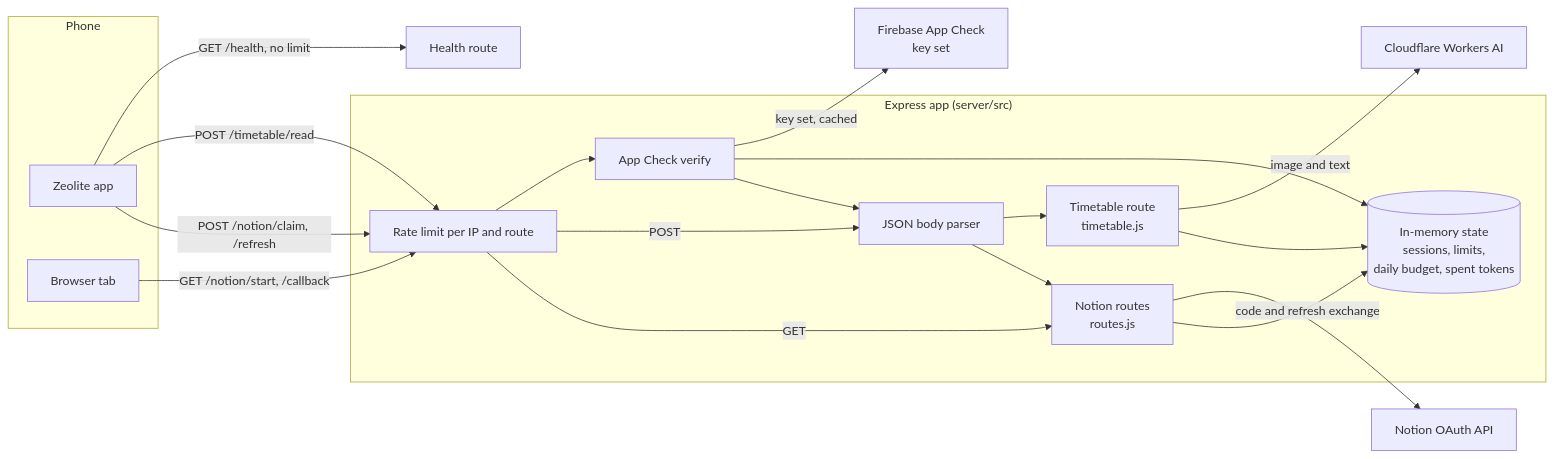
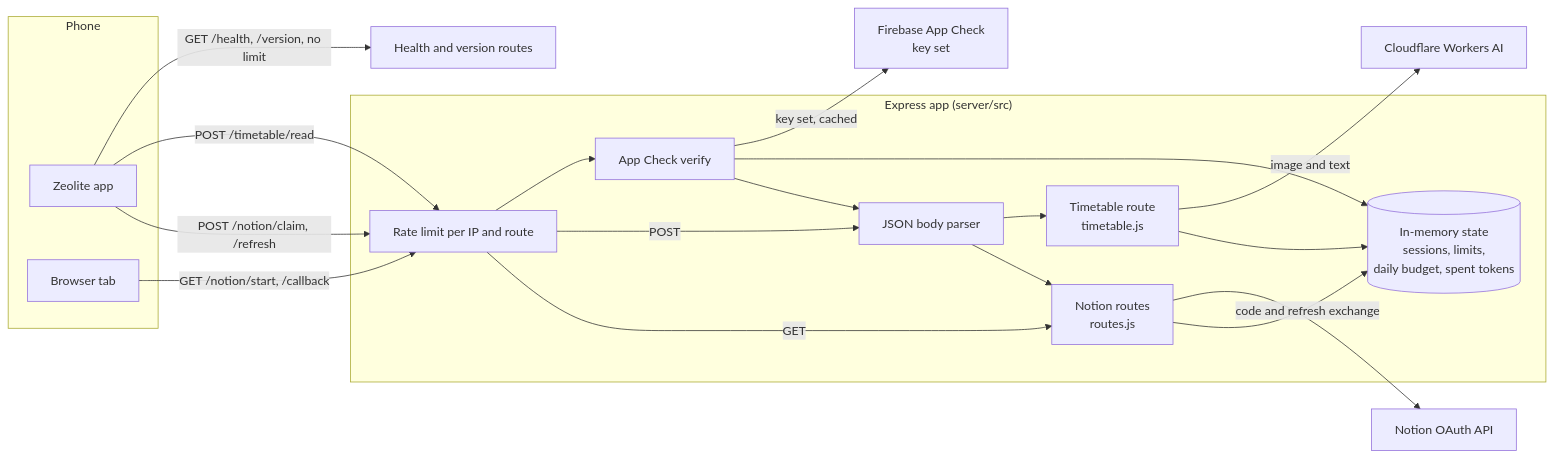
Before and after one commit to SoumoparnoRoy/Zeolite: the first of 2 diagrams in server/README.md, drawn with Mermaid. The commit also changed other lines of this file, not shown here.

````diff
--- a/server/README.md
+++ b/server/README.md
@@ -41,34 +47,34 @@
 ```mermaid
 flowchart LR
     subgraph Phone
         App[Zeolite app]
         Tab[Browser tab]
     end
 
     subgraph Server["Express app (server/src)"]
         Limit[Rate limit per IP and route]
         Check[App Check verify]
         Parse[JSON body parser]
         Notion[Notion routes<br/>routes.js]
         Read[Timetable route<br/>timetable.js]
         Mem[(In-memory state<br/>sessions, limits,<br/>daily budget, spent tokens)]
     end
 
     NotionAPI[Notion OAuth API]
     Keys[Firebase App Check<br/>key set]
     CF[Cloudflare Workers AI]
 
     Tab -->|GET /notion/start, /callback| Limit
     App -->|POST /notion/claim, /refresh| Limit
     App -->|POST /timetable/read| Limit
-    App -->|GET /health, no limit| Health[Health route]
+    App -->|GET /health, /version, no limit| Health[Health and version routes]
     Limit -->|GET| Notion
     Limit -->|POST| Parse --> Notion
     Limit --> Check --> Parse --> Read
     Notion --> Mem
     Read --> Mem
     Check --> Mem
     Notion -->|code and refresh exchange| NotionAPI
     Check -->|key set, cached| Keys
     Read -->|image and text| CF
 ```
````
